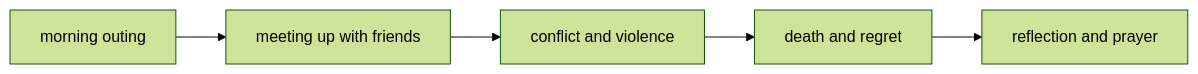
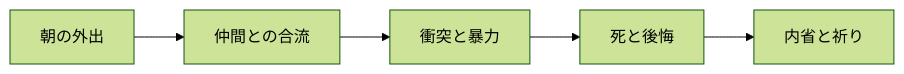
Before and after one commit to monumental-movement/monumental-movement.github.io: the diagram in en/_posts/2026-01-31-column-kendrick-lamar.md, drawn with Mermaid (forest theme). The commit also changed other lines of this file and 2196 other files, not shown here.

```diff
--- a/en/_posts/2026-01-31-column-kendrick-lamar.md
+++ b/en/_posts/2026-01-31-column-kendrick-lamar.md
@@ -91,7 +90,7 @@
 <div class="mermaid">
 flowchart LR
-A[morning outing] --> B[meeting up with friends]
-B --> C[conflict and violence]
-C --> D[death and regret]
-D --> E[reflection and prayer]
+A[朝の外出] --> B[仲間との合流]
+B --> C[衝突と暴力]
+C --> D[死と後悔]
+D --> E[内省と祈り]
 </div>
```
